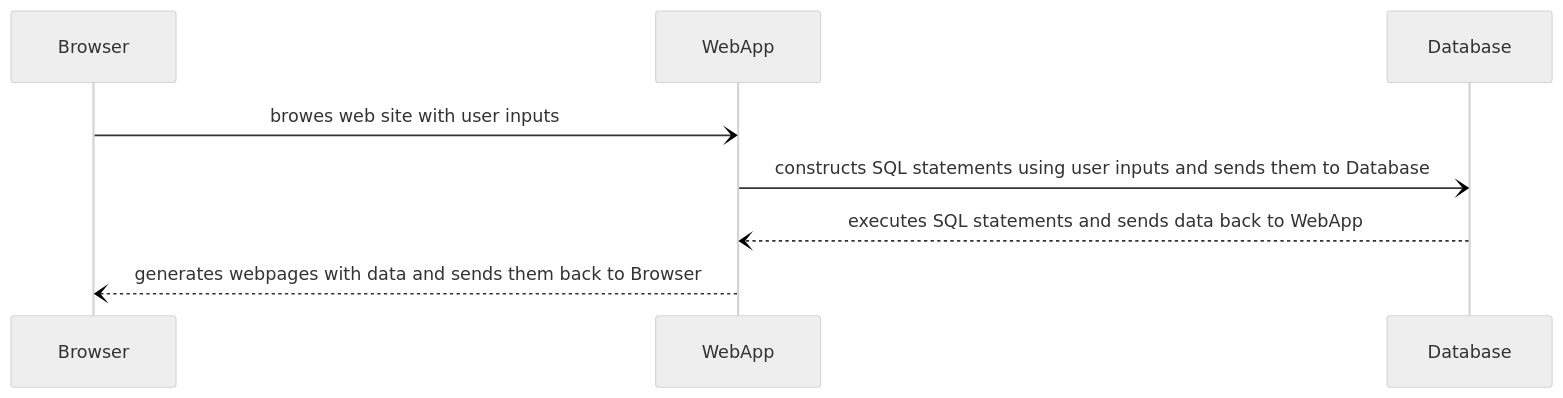
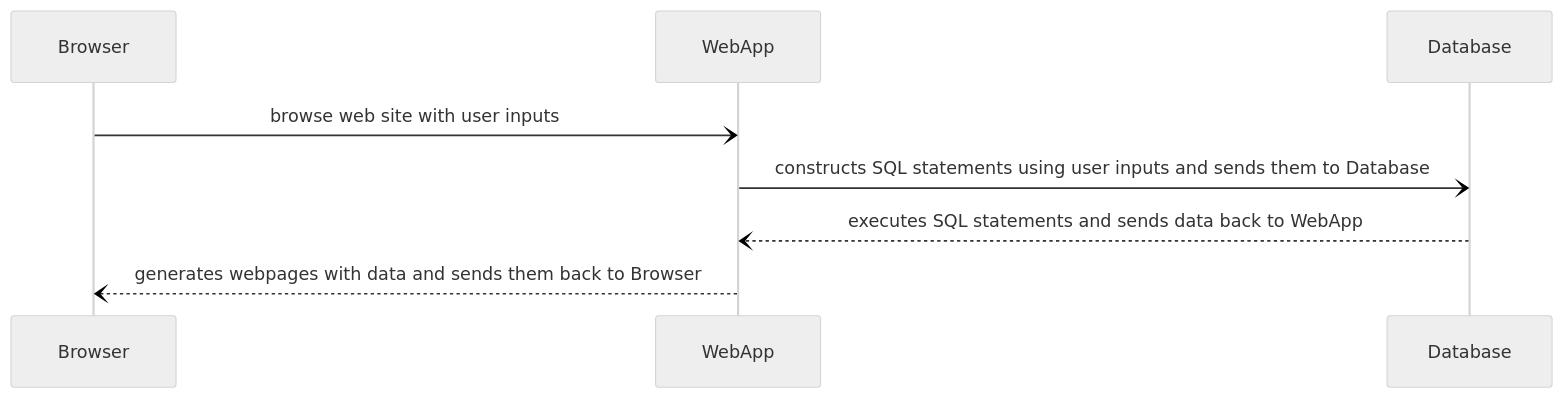
One commit to ufidon/comsec changed the diagram in lectures/mod5/README.md. Above: the diagram before and after it, drawn with Mermaid (neutral theme). The commit also changed other lines of this file and 2 other files, not shown here.

````diff
--- a/lectures/mod5/README.md
+++ b/lectures/mod5/README.md
@@ -78,10 +78,10 @@
 ```mermaid
 sequenceDiagram
   participant B as Browser
   participant W as WebApp
   participant D as Database
-  B-)W: browes web site with user inputs
+  B-)W: browse web site with user inputs
   W-)D: constructs SQL statements using user inputs and sends them to Database
   D--)W: executes SQL statements and sends data back to WebApp
   W--)B: generates webpages with data and sends them back to Browser
 ```
````
